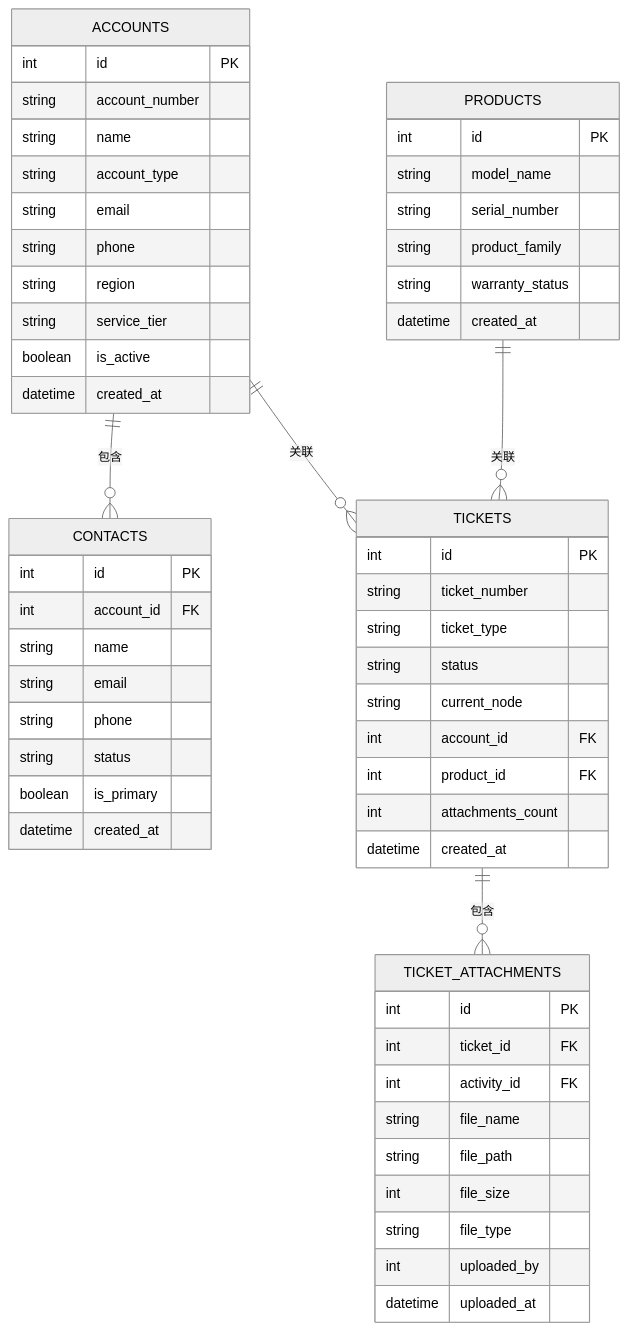
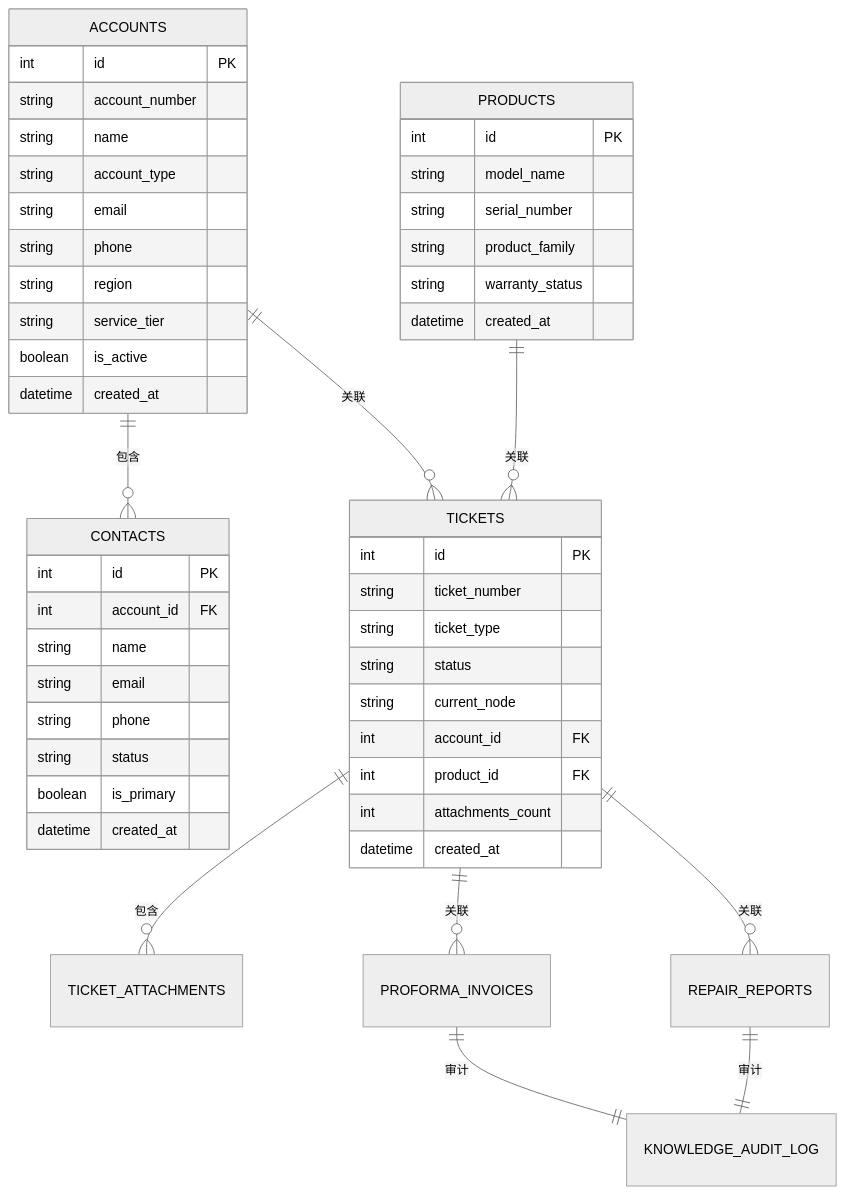
Before and after one commit to CubeEdge/Longhorn: the sixth of 24 diagrams in .qoder/repowiki/zh/content/Service Api Documentation.md, drawn with Mermaid (neutral theme). The commit also changed other lines of this file and 53 other files, not shown here.

````diff
--- a/.qoder/repowiki/zh/content/Service Api Documentation.md
+++ b/.qoder/repowiki/zh/content/Service Api Documentation.md
@@ -142,59 +272,52 @@
 ```mermaid
 erDiagram
 ACCOUNTS {
 int id PK
 string account_number
 string name
 string account_type
 string email
 string phone
 string region
 string service_tier
 boolean is_active
 datetime created_at
 }
 CONTACTS {
 int id PK
 int account_id FK
 string name
 string email
 string phone
 string status
 boolean is_primary
 datetime created_at
 }
 PRODUCTS {
 int id PK
 string model_name
 string serial_number
 string product_family
 string warranty_status
 datetime created_at
 }
 TICKETS {
 int id PK
 string ticket_number
 string ticket_type
 string status
 string current_node
 int account_id FK
 int product_id FK
 int attachments_count
 datetime created_at
 }
-TICKET_ATTACHMENTS {
-int id PK
-int ticket_id FK
-int activity_id FK
-string file_name
-string file_path
-int file_size
-string file_type
-int uploaded_by
-datetime uploaded_at
-}
+TICKETS ||--o{ TICKET_ATTACHMENTS : "包含"
+TICKETS ||--o{ PROFORMA_INVOICES : "关联"
+TICKETS ||--o{ REPAIR_REPORTS : "关联"
 ACCOUNTS ||--o{ CONTACTS : "包含"
 ACCOUNTS ||--o{ TICKETS : "关联"
 PRODUCTS ||--o{ TICKETS : "关联"
-TICKETS ||--o{ TICKET_ATTACHMENTS : "包含"
+PROFORMA_INVOICES ||--|| KNOWLEDGE_AUDIT_LOG : "审计"
+REPAIR_REPORTS ||--|| KNOWLEDGE_AUDIT_LOG : "审计"
 ```
````
